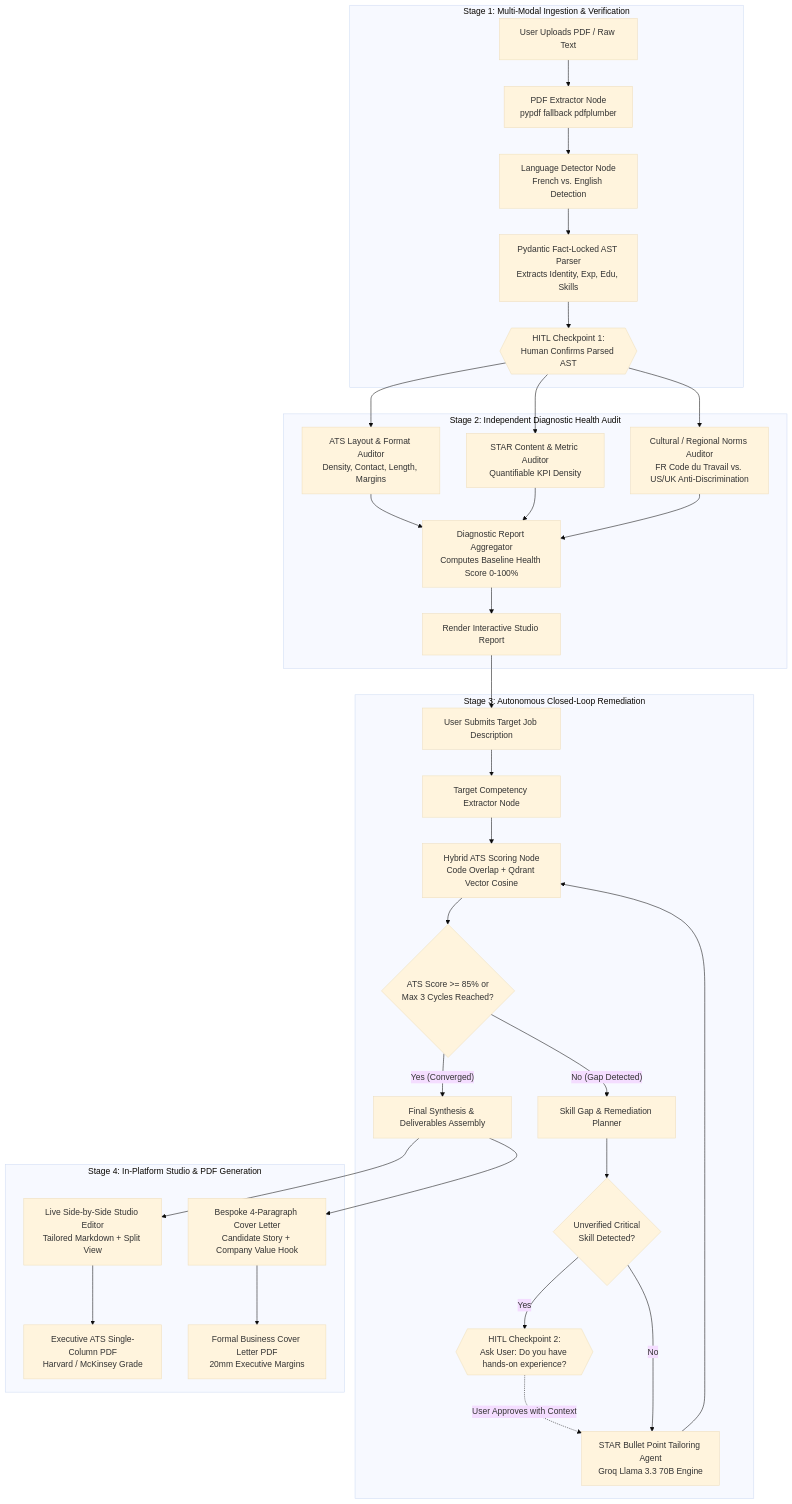
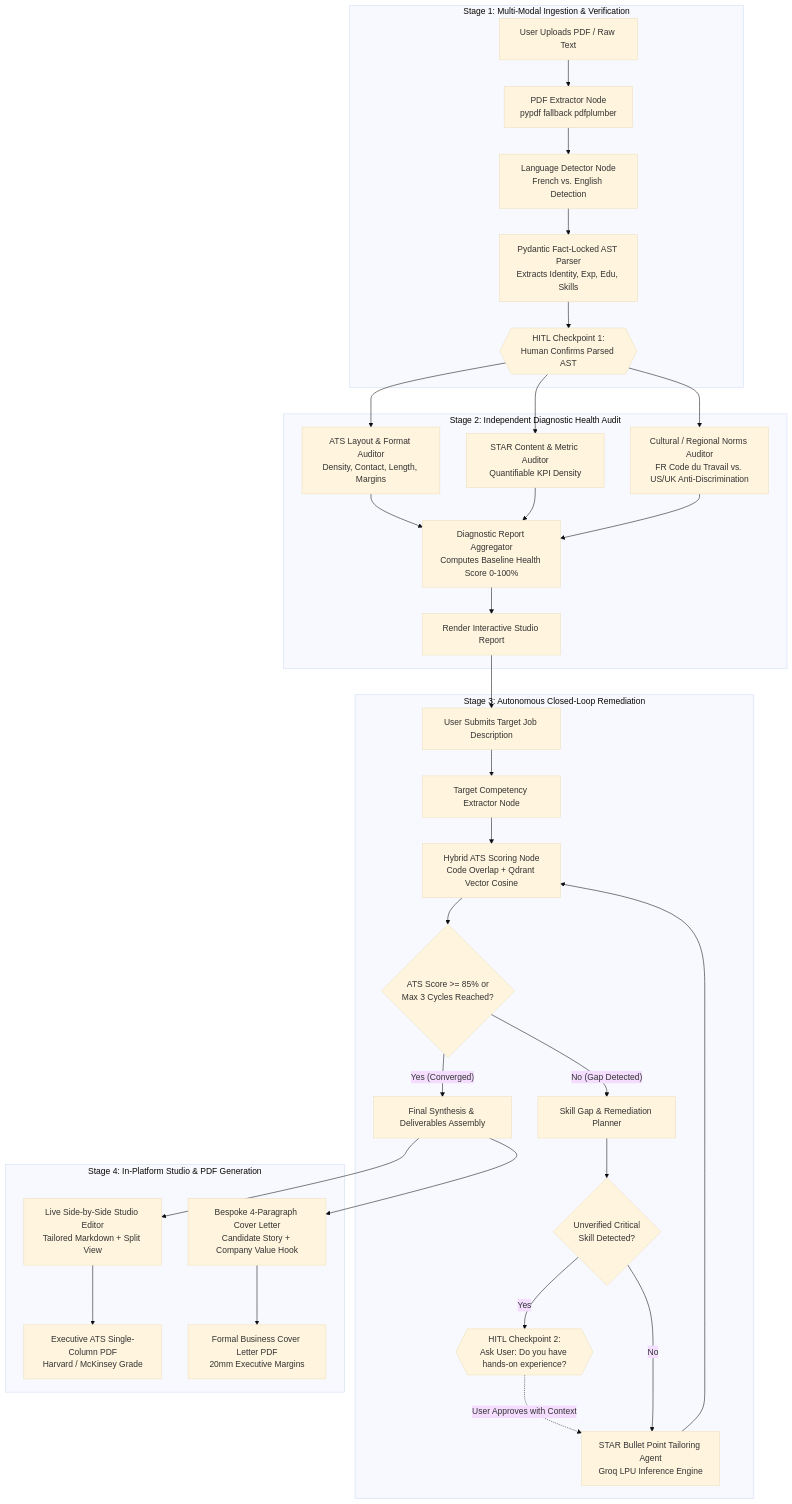
The first of 2 diagrams in README.md (AliBnh/agentic-ats), drawn with Mermaid (base theme) before and after one commit. The commit also changed other lines of this file, not shown here.

````diff
--- a/README.md
+++ b/README.md
@@ -70,43 +72,45 @@
 ```mermaid
 flowchart TD
     subgraph Ingestion ["Stage 1: Multi-Modal Ingestion & Verification"]
         A[User Uploads PDF / Raw Text] --> B[PDF Extractor Node<br/>pypdf fallback pdfplumber]
         B --> C[Language Detector Node<br/>French vs. English Detection]
         C --> D[Pydantic Fact-Locked AST Parser<br/>Extracts Identity, Exp, Edu, Skills]
         D --> HITL1{{"HITL Checkpoint 1:<br/>Human Confirms Parsed AST"}}
     end
 
     subgraph HealthAudit ["Stage 2: Independent Diagnostic Health Audit"]
         HITL1 --> E[ATS Layout & Format Auditor<br/>Density, Contact, Length, Margins]
         HITL1 --> F[STAR Content & Metric Auditor<br/>Quantifiable KPI Density]
         HITL1 --> G[Cultural / Regional Norms Auditor<br/>FR Code du Travail vs. US/UK Anti-Discrimination]
         E & F & G --> H[Diagnostic Report Aggregator<br/>Computes Baseline Health Score 0-100%]
         H --> UI_Health[Render Interactive Studio Report]
     end
 
     subgraph RemediationLoop ["Stage 3: Autonomous Closed-Loop Remediation"]
         UI_Health --> JD_Input[User Submits Target Job Description]
         JD_Input --> I[Target Competency Extractor Node]
         I --> J[Hybrid ATS Scoring Node<br/>Code Overlap + Qdrant Vector Cosine]
         
-        J --> CheckScore{"ATS Score >= 85% or<br/>Max 3 Cycles Reached?"}
+        CheckScore{"ATS Score >= 85% or<br/>Max 3 Cycles Reached?"}
+        J --> CheckScore
         
         CheckScore -- "No (Gap Detected)" --> K[Skill Gap & Remediation Planner]
-        K --> CheckHITL{"Unverified Critical<br/>Skill Detected?"}
+        CheckHITL{"Unverified Critical<br/>Skill Detected?"}
+        K --> CheckHITL
         
         CheckHITL -- "Yes" --> HITL2{{"HITL Checkpoint 2:<br/>Ask User: Do you have hands-on experience?"}}
-        HITL2 -. "User Approves with Context" .-> L[STAR Bullet Point Tailoring Agent<br/>Groq Llama 3.3 70B Engine]
+        HITL2 -. "User Approves with Context" .-> L[STAR Bullet Point Tailoring Agent<br/>Groq LPU Inference Engine]
         CheckHITL -- "No" --> L
         
         L --> J
         
         CheckScore -- "Yes (Converged)" --> M[Final Synthesis & Deliverables Assembly]
     end
 
     subgraph StudioDelivery ["Stage 4: In-Platform Studio & PDF Generation"]
         M --> N[Live Side-by-Side Studio Editor<br/>Tailored Markdown + Split View]
         M --> O[Bespoke 4-Paragraph Cover Letter<br/>Candidate Story + Company Value Hook]
         N --> P[Executive ATS Single-Column PDF<br/>Harvard / McKinsey Grade]
         O --> Q[Formal Business Cover Letter PDF<br/>20mm Executive Margins]
     end
 ```
````
